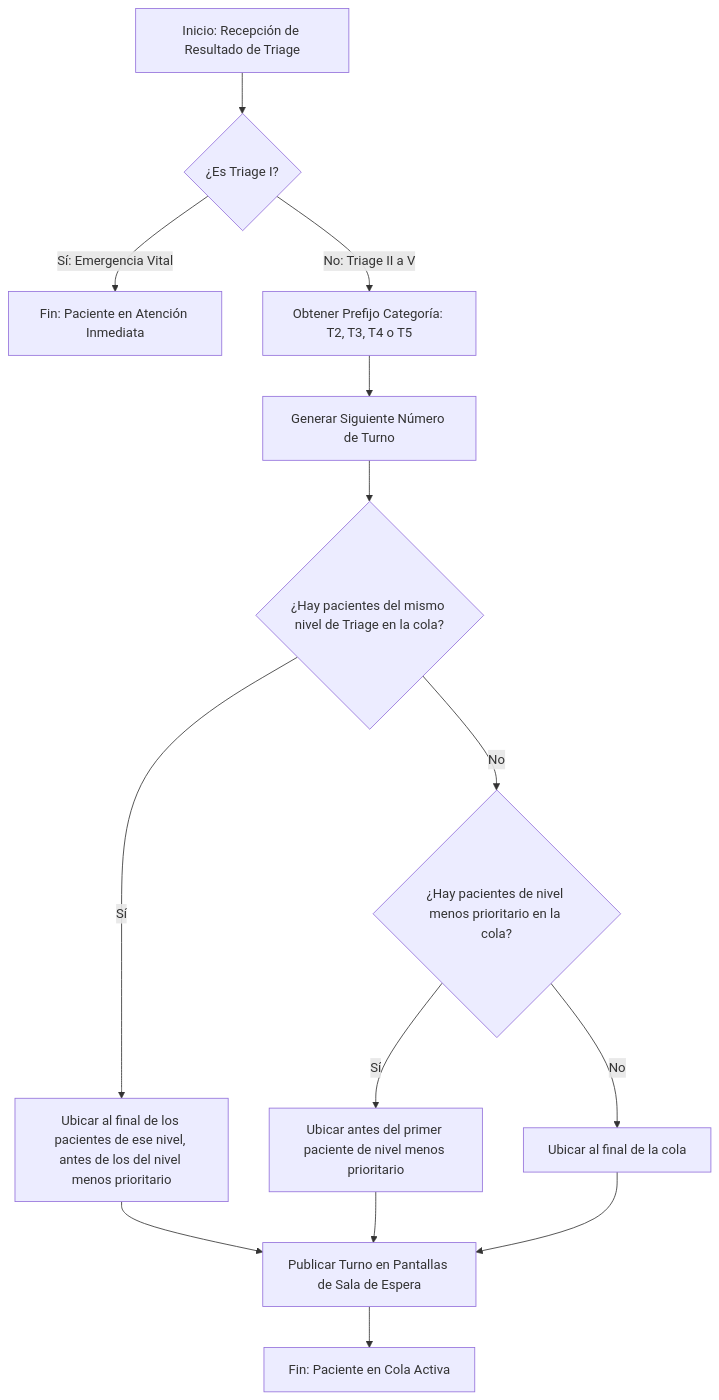
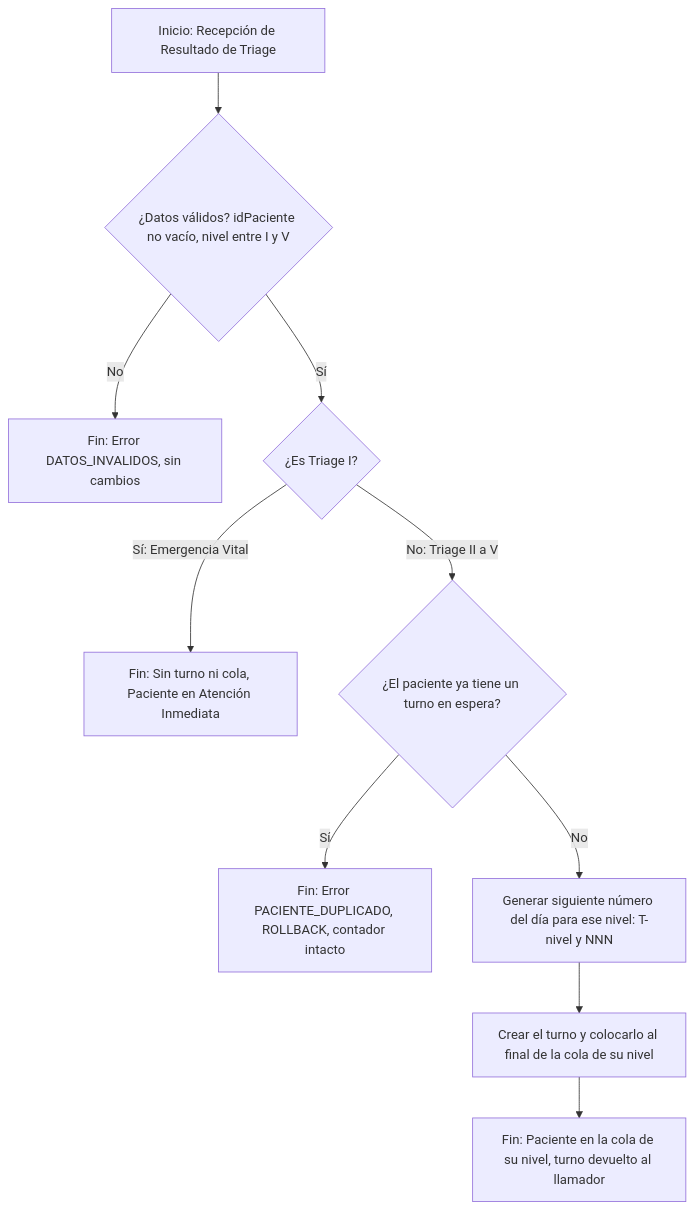
The diagram in docs/requirements/REQ-04_v2.md (Dielix22/Dinez), drawn with Mermaid before and after one commit. The commit also changed other lines of this file and 1 other file, not shown here.

````diff
--- a/docs/requirements/REQ-04_v2.md
+++ b/docs/requirements/REQ-04_v2.md
@@ -119,23 +163,18 @@
 ```mermaid
 graph TD
-    A[Inicio: Recepción de Resultado de Triage] --> B{¿Es Triage I?}
+    A[Inicio: Recepción de Resultado de Triage] --> V{¿Datos válidos? idPaciente no vacío, nivel entre I y V}
 
-    %% Flujo de Excepción / Alternativo: Bypass de Emergencia
-    B -- Sí: Emergencia Vital --> Z[Fin: Paciente en Atención Inmediata]
+    %% Flujo de excepción: datos inválidos
+    V -- No --> E1[Fin: Error DATOS_INVALIDOS, sin cambios]
+    V -- Sí --> B{¿Es Triage I?}
 
-    %% Flujo Principal: Asignación a Sala de Espera
-    B -- No: Triage II a V --> F[Obtener Prefijo Categoría: T2, T3, T4 o T5]
-    F --> G[Generar Siguiente Número de Turno]
-    G --> H{¿Hay pacientes del mismo nivel de Triage en la cola?}
+    %% Flujo alternativo: bypass de emergencia (BR-TRG-03)
+    B -- Sí: Emergencia Vital --> Z[Fin: Sin turno ni cola, Paciente en Atención Inmediata]
 
-    %% Regla BR-TRG-02: prioridad por nivel y desempate por orden de llegada
-    H -- Sí --> I1[Ubicar al final de los pacientes de ese nivel, antes de los del nivel menos prioritario]
-    H -- No --> K{¿Hay pacientes de nivel menos prioritario en la cola?}
-    K -- Sí --> I2[Ubicar antes del primer paciente de nivel menos prioritario]
-    K -- No --> I3[Ubicar al final de la cola]
-
-    I1 --> J[Publicar Turno en Pantallas de Sala de Espera]
-    I2 --> J
-    I3 --> J
-    J --> Y[Fin: Paciente en Cola Activa]
+    %% Flujo principal: transacción única (BR-TRG-05)
+    B -- No: Triage II a V --> D{¿El paciente ya tiene un turno en espera?}
+    D -- Sí --> E2[Fin: Error PACIENTE_DUPLICADO, ROLLBACK, contador intacto]
+    D -- No --> G[Generar siguiente número del día para ese nivel: T-nivel y NNN]
+    G --> I[Crear el turno y colocarlo al final de la cola de su nivel]
+    I --> Y[Fin: Paciente en la cola de su nivel, turno devuelto al llamador]
 ```
````
